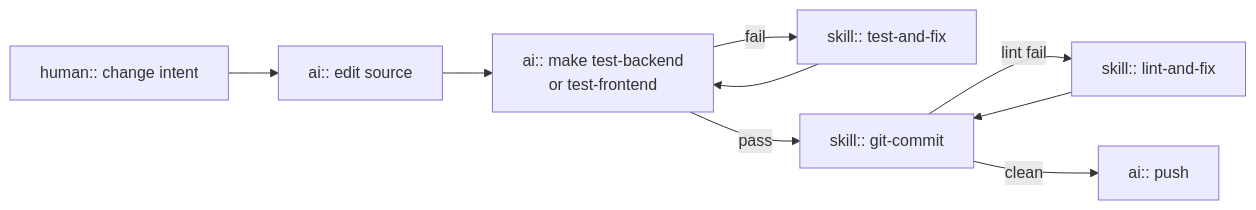
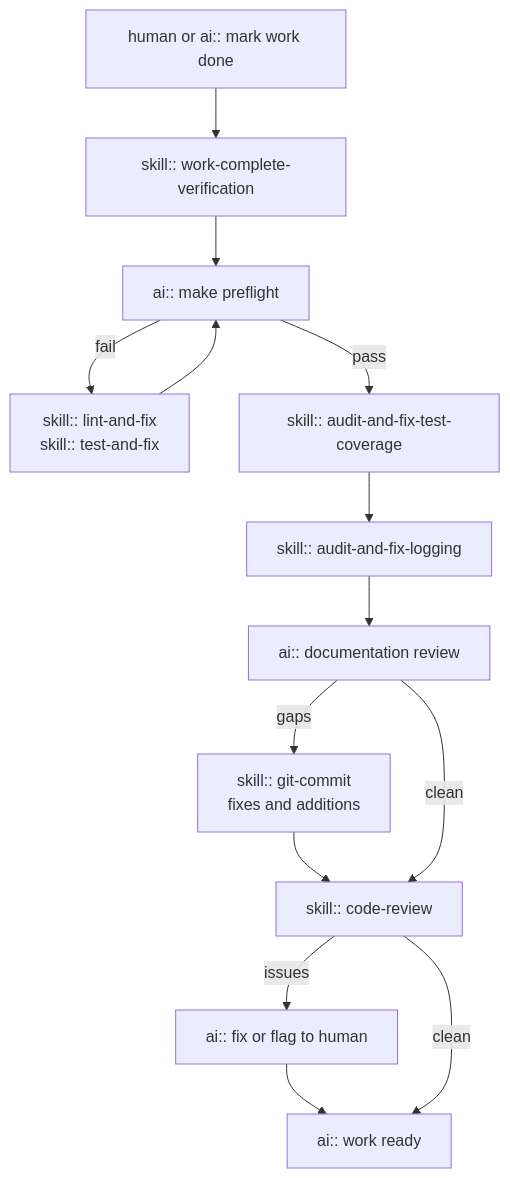
One commit to tcamise-gpsw/ai-golden-repo changed the first of 5 diagrams in README-META.md. Above: the diagram before and after it, drawn with Mermaid. The commit also changed other lines of this file and 6 other files, not shown here.

First line of the commit message:
feat(agents): add code-review skill; wire architecture enforcement

````diff
--- a/README-META.md
+++ b/README-META.md
@@ -110,11 +110,16 @@
 ```mermaid
-flowchart LR
-    A["human:: change intent"] --> B["ai:: edit source"]
-    B --> C["ai:: make test-backend\nor test-frontend"]
-    C -->|fail| D["skill:: test-and-fix"]
+flowchart TD
+    A["human or ai:: mark work done"] --> B["skill:: work-complete-verification"]
+    B --> C["ai:: make preflight"]
+    C -->|fail| D["skill:: lint-and-fix\nskill:: test-and-fix"]
     D --> C
-    C -->|pass| E["skill:: git-commit"]
-    E -->|lint fail| F["skill:: lint-and-fix"]
-    F --> E
-    E -->|clean| G["ai:: push"]
+    C -->|pass| E["skill:: audit-and-fix-test-coverage"]
+    E --> F["skill:: audit-and-fix-logging"]
+    F --> G["ai:: documentation review"]
+    G -->|gaps| H["skill:: git-commit\nfixes and additions"]
+    H --> I["skill:: code-review"]
+    G -->|clean| I
+    I -->|issues| J["ai:: fix or flag to human"]
+    J --> K["ai:: work ready"]
+    I -->|clean| K
 ```
````
